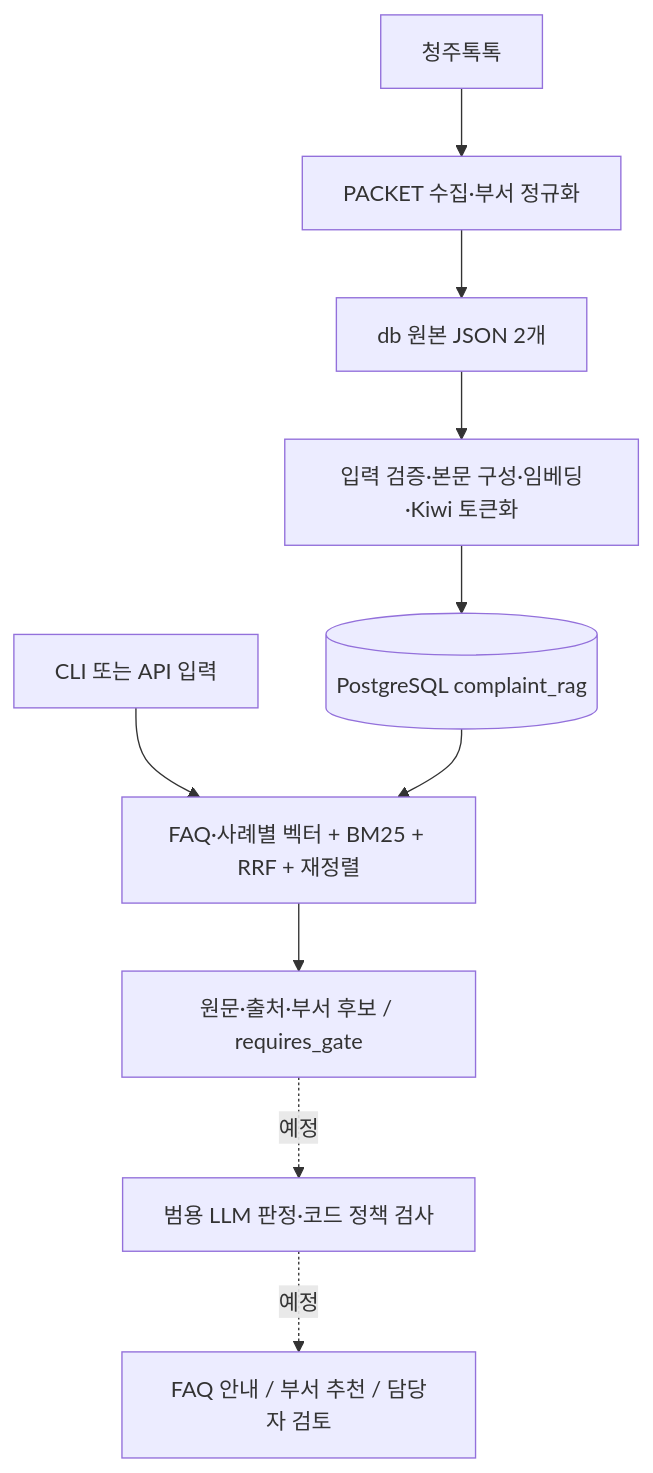
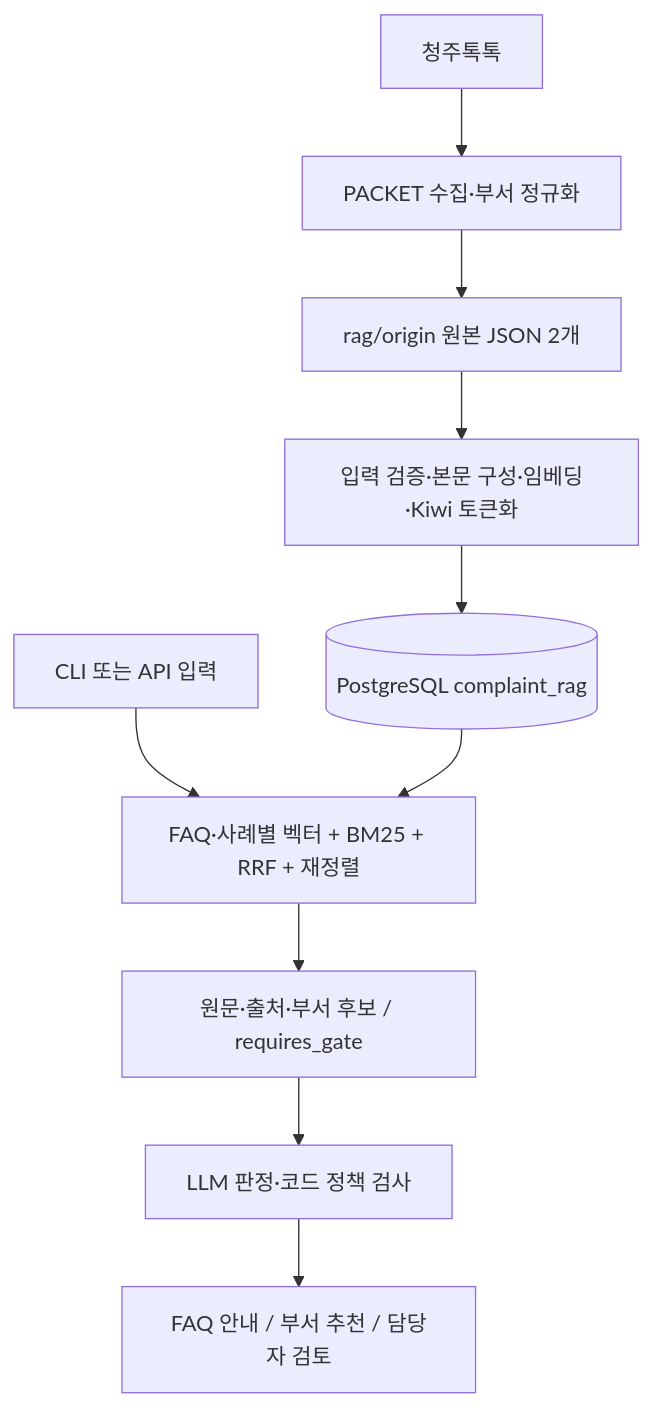
One commit to hy040504/ai-complaint-process changed the diagram in docs/harness/architecture.md. Above: the diagram before and after it, drawn with Mermaid. The commit also changed other lines of this file and 76 other files, not shown here.

````diff
--- a/docs/harness/architecture.md
+++ b/docs/harness/architecture.md
@@ -7,12 +9,12 @@
 ```mermaid
 flowchart TD
     S[청주톡톡] --> C[PACKET 수집·부서 정규화]
-    C --> J[db 원본 JSON 2개]
+    C --> J[rag/origin 원본 JSON 2개]
     J --> I[입력 검증·본문 구성·임베딩·Kiwi 토큰화]
     I --> P[(PostgreSQL complaint_rag)]
     Q[CLI 또는 API 입력] --> R[FAQ·사례별 벡터 + BM25 + RRF + 재정렬]
     P --> R
     R --> E[원문·출처·부서 후보 / requires_gate]
-    E -. 예정 .-> G[범용 LLM 판정·코드 정책 검사]
-    G -. 예정 .-> O[FAQ 안내 / 부서 추천 / 담당자 검토]
+    E --> G[LLM 판정·코드 정책 검사]
+    G --> O[FAQ 안내 / 부서 추천 / 담당자 검토]
 ```
````
